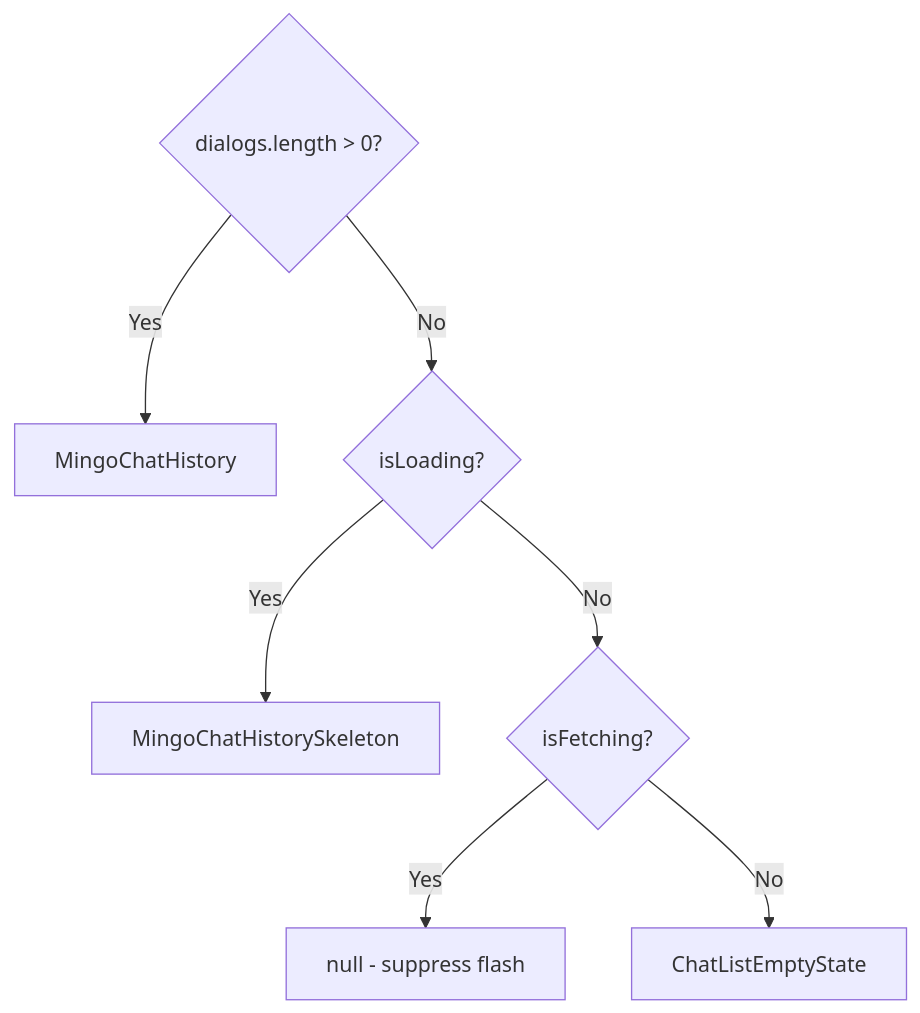
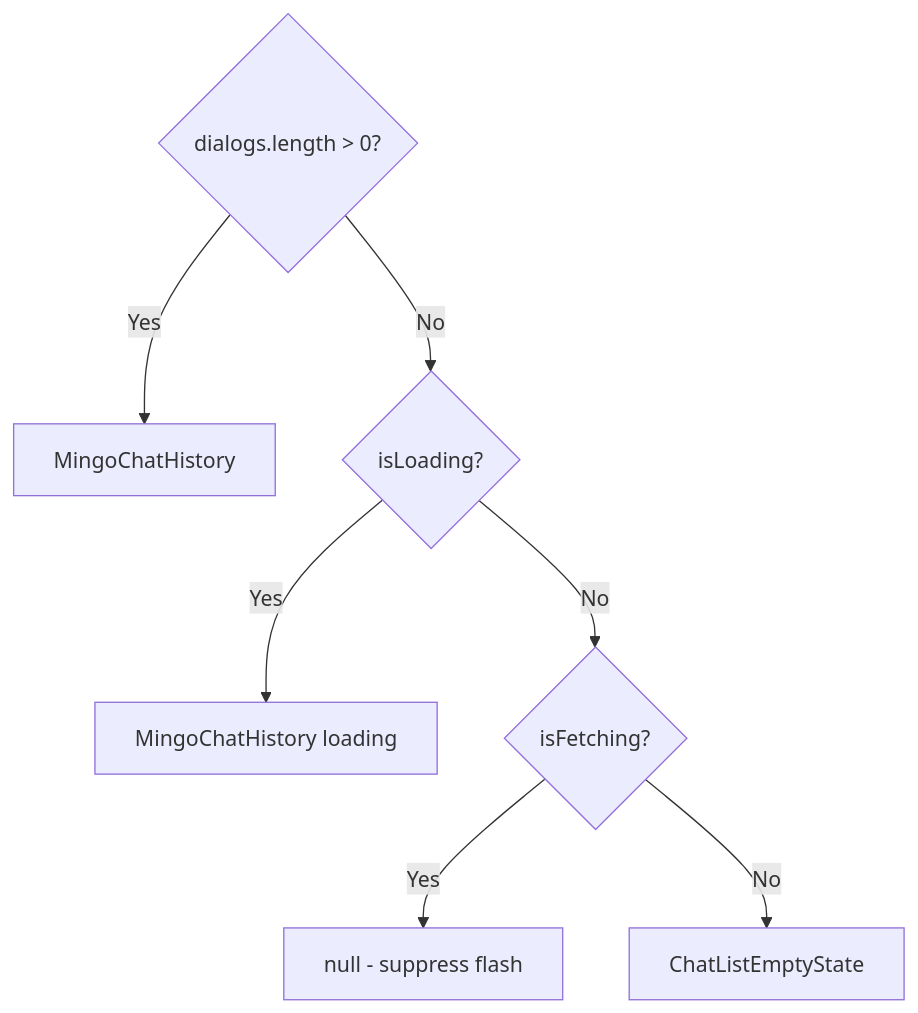
One commit to flamingo-stack/openframe-oss-lib changed the diagram in openframe-frontend-core/src/components/chat/.chat-archive-page.md. Above: the diagram before and after it, drawn with Mermaid. The commit also changed other lines of this file and 76 other files, not shown here.

````diff
--- a/openframe-frontend-core/src/components/chat/.chat-archive-page.md
+++ b/openframe-frontend-core/src/components/chat/.chat-archive-page.md
@@ -48,9 +48,9 @@
 ```mermaid
 graph TD
     A{dialogs.length > 0?} -->|Yes| B[MingoChatHistory]
     A -->|No| C{isLoading?}
-    C -->|Yes| D[MingoChatHistorySkeleton]
+    C -->|Yes| D[MingoChatHistory loading]
     C -->|No| E{isFetching?}
     E -->|Yes| F[null - suppress flash]
     E -->|No| G[ChatListEmptyState]
 ```
````
